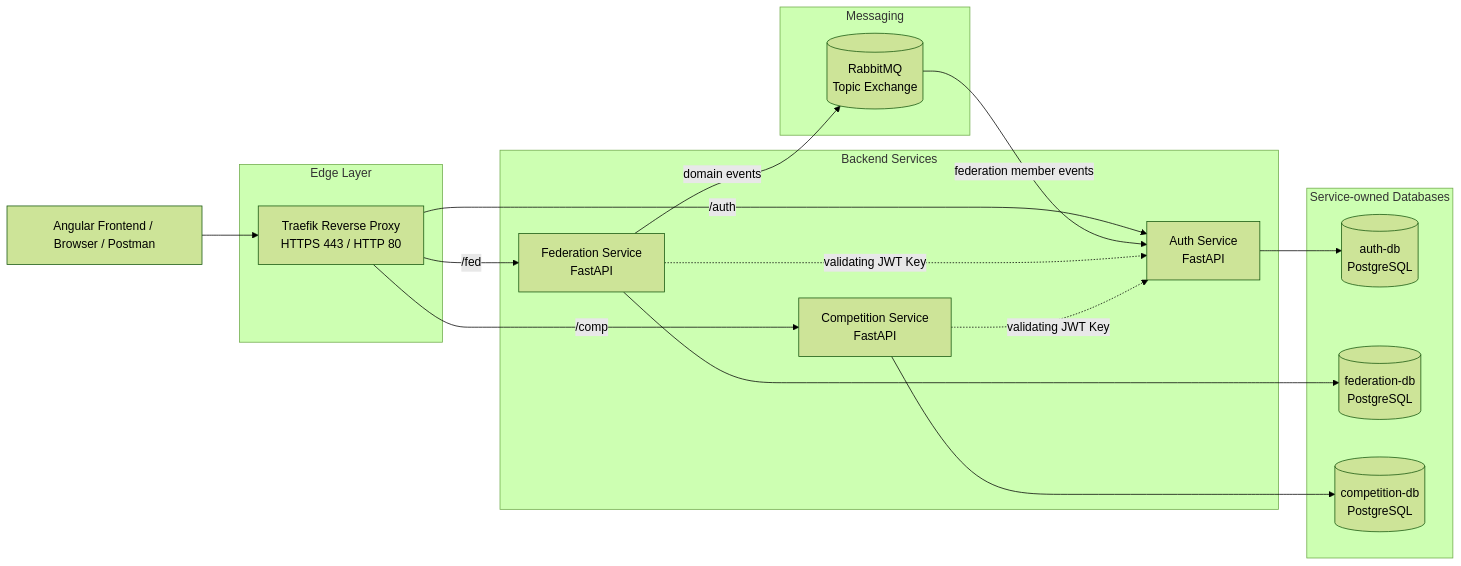
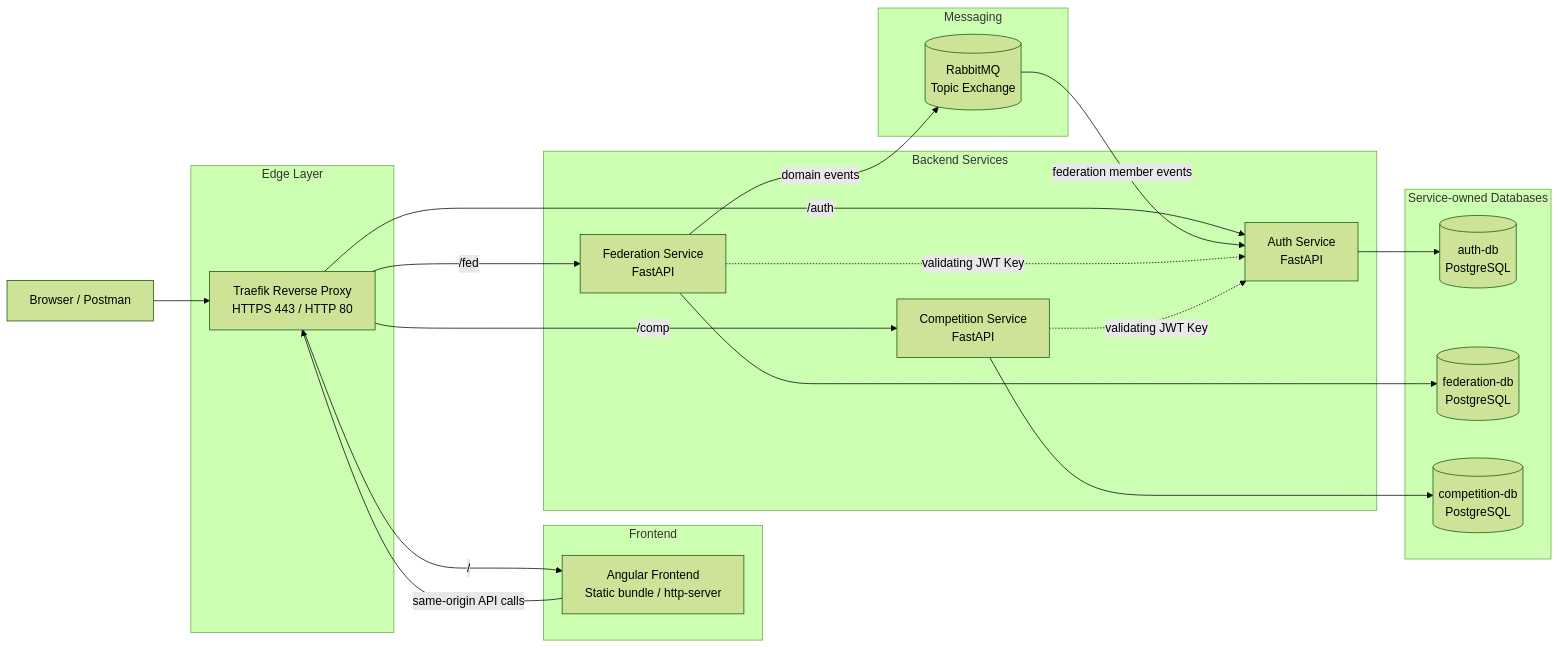
One commit to forsinu/uni-sw-arch-2026 changed the first of 2 diagrams in README.md. Above: the diagram before and after it, drawn with Mermaid (forest theme). The commit also changed other lines of this file and 10 other files, not shown here.

````diff
--- a/README.md
+++ b/README.md
@@ -34,39 +34,45 @@
 ```mermaid
 flowchart LR
-    Client[Angular Frontend / Browser / Postman]
+    Client[Browser / Postman]
 
     subgraph Edge[Edge Layer]
         Traefik[Traefik Reverse Proxy\nHTTPS 443 / HTTP 80]
+    end
+
+    subgraph Frontend[Frontend]
+        Angular[Angular Frontend\nStatic bundle / http-server]
     end
 
     subgraph Backend[Backend Services]
         Auth[Auth Service\nFastAPI]
         Federation[Federation Service\nFastAPI]
         Competition[Competition Service\nFastAPI]
     end
 
     subgraph Data[Service-owned Databases]
         AuthDB[(auth-db\nPostgreSQL)]
         FedDB[(federation-db\nPostgreSQL)]
         CompDB[(competition-db\nPostgreSQL)]
     end
 
     subgraph Messaging[Messaging]
         RabbitMQ[(RabbitMQ\nTopic Exchange)]
     end
 
     Client --> Traefik
+    Traefik -->|/| Angular
+    Angular -->|same-origin API calls| Traefik
     Traefik -->|/auth| Auth
     Traefik -->|/fed| Federation
     Traefik -->|/comp| Competition
 
     Auth --> AuthDB
     Federation --> FedDB
     Competition --> CompDB
 
     Federation -->|domain events| RabbitMQ
     RabbitMQ -->|federation member events| Auth
 
     Federation -. validating JWT Key .-> Auth
     Competition -. validating JWT Key .-> Auth
 ```
````
